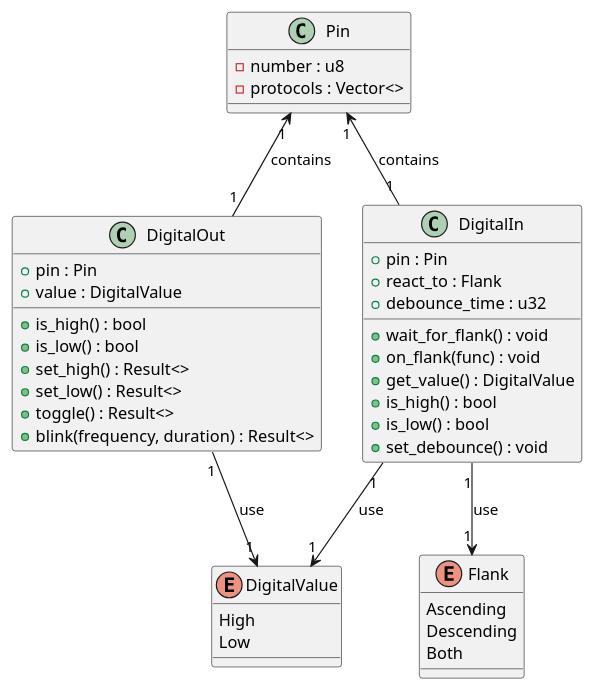
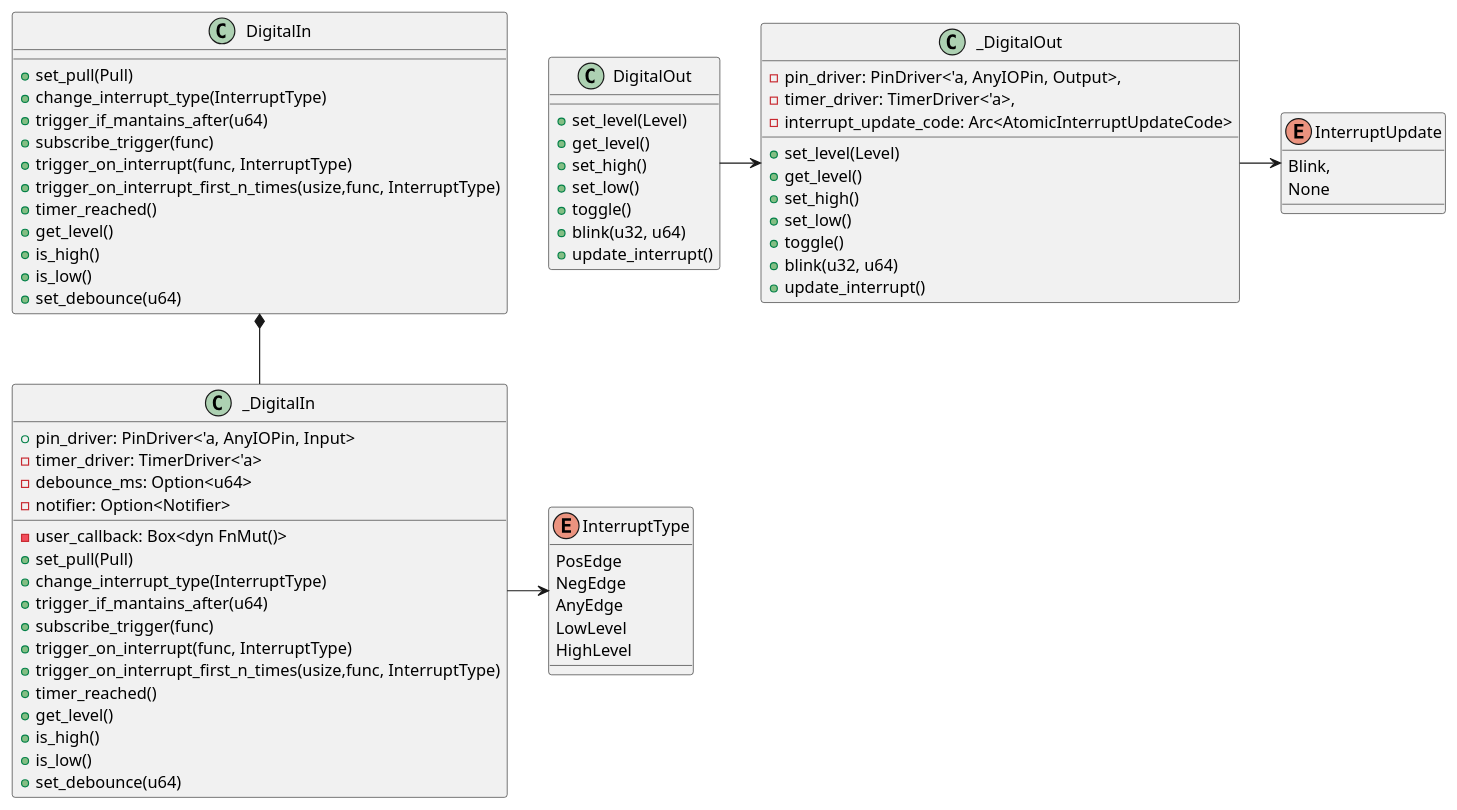
The diagram in diagrams/digital_class.puml (esp32framework/esp32framework), drawn with PlantUML before and after one commit. The commit also changed 2 other files, not shown here.

Commit message:
advancing digital diagram

```diff
--- a/diagrams/digital_class.puml
+++ b/diagrams/digital_class.puml
@@ -1,48 +1,78 @@
 @startuml diagrama
 
-class DigitalOut {
-    +pin : Pin
-    +value : DigitalValue
-    +is_high() : bool
-    +is_low() : bool
-    +set_high() : Result<>
-    +set_low() : Result<>
-    +toggle() : Result<>
-    +blink(frequency, duration) : Result<>
+class DigitalOut{
+    +set_level(Level)
+    +get_level()
+    +set_high()
+    +set_low()
+    +toggle()
+    +blink(u32, u64)
+    +update_interrupt()
 }
 
-class DigitalIn {
-    +pin : Pin
-    +react_to : Flank
-    +debounce_time : u32
-    +wait_for_flank() : void
-    +on_flank(func) : void
-    +get_value() : DigitalValue
-    +is_high() : bool
-    +is_low() : bool
-    +set_debounce() : void
+class _DigitalOut {
+    -pin_driver: PinDriver<'a, AnyIOPin, Output>,
+    -timer_driver: TimerDriver<'a>,
+    -interrupt_update_code: Arc<AtomicInterruptUpdateCode>
+    +set_level(Level)
+    +get_level()
+    +set_high()
+    +set_low()
+    +toggle()
+    +blink(u32, u64)
+    +update_interrupt()
 }
 
-class Pin {
-    -number : u8
-    -protocols : Vector<>
+
+class DigitalIn{
+    +set_pull(Pull)
+    +change_interrupt_type(InterruptType)
+    +trigger_if_mantains_after(u64)
+    +subscribe_trigger(func)
+    +trigger_on_interrupt(func, InterruptType)
+    +trigger_on_interrupt_first_n_times(usize,func, InterruptType)
+    +timer_reached()
+    +get_level()
+    +is_high()
+    +is_low()
+    +set_debounce(u64)
 }
 
-enum Flank {
-    Ascending
-    Descending
-    Both
+class _DigitalIn {
+    +pin_driver: PinDriver<'a, AnyIOPin, Input>
+    -timer_driver: TimerDriver<'a>
+    -user_callback: Box<dyn FnMut()>
+    -debounce_ms: Option<u64>
+    -notifier: Option<Notifier>
+    +set_pull(Pull)
+    +change_interrupt_type(InterruptType)
+    +trigger_if_mantains_after(u64)
+    +subscribe_trigger(func)
+    +trigger_on_interrupt(func, InterruptType)
+    +trigger_on_interrupt_first_n_times(usize,func, InterruptType)
+    +timer_reached()
+    +get_level()
+    +is_high()
+    +is_low()
+    +set_debounce(u64)
 }
 
-enum DigitalValue {
-    High
-    Low
+enum InterruptType {
+    PosEdge
+    NegEdge
+    AnyEdge
+    LowLevel
+    HighLevel
 }
 
-DigitalOut "1" -up-> "1" Pin: contains
-DigitalIn "1" -up-> "1" Pin: contains
-DigitalIn "1" --> "1" Flank: use
-DigitalIn "1" --> "1" DigitalValue : use
-DigitalOut "1" --> "1" DigitalValue : use
+enum InterruptUpdate {
+    Blink,
+    None
+}
+
+DigitalIn *-- _DigitalIn
+_DigitalIn -> InterruptType
+_DigitalOut -> InterruptUpdate
+DigitalOut -> _DigitalOut
 
 @enduml
```
